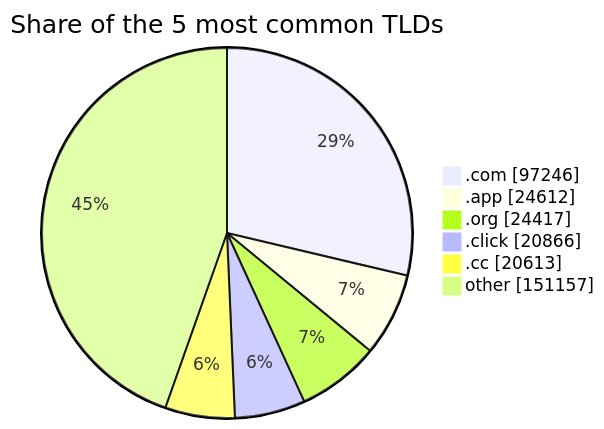
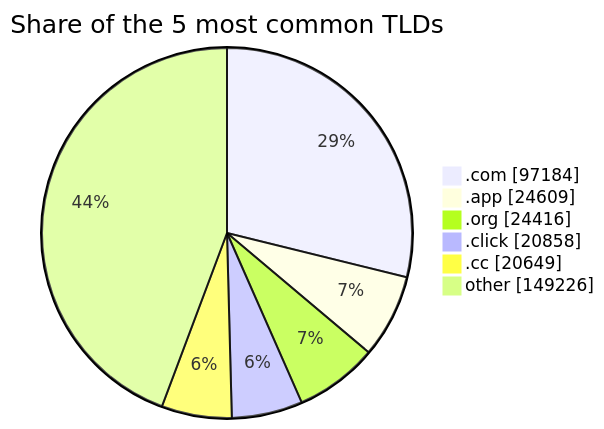
One commit to DNSBunker/CTI changed the third of 3 diagrams in README.md. Above: the diagram before and after it, drawn with Mermaid. The commit also changed other lines of this file and 4 other files, not shown here.

````diff
--- a/README.md
+++ b/README.md
@@ -81,9 +81,9 @@
 ```mermaid
 pie showData title Share of the 5 most common TLDs
-    ".com" : 97246
-    ".app" : 24612
-    ".org" : 24417
-    ".click" : 20866
-    ".cc" : 20613
-    "other" : 151157
+    ".com" : 97184
+    ".app" : 24609
+    ".org" : 24416
+    ".click" : 20858
+    ".cc" : 20649
+    "other" : 149226
 ```
````
